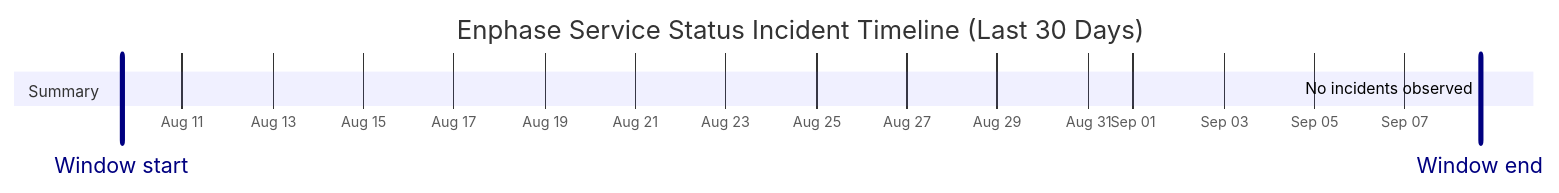
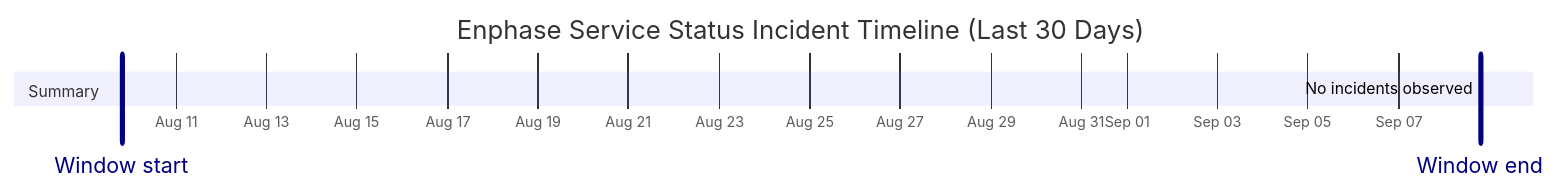
The diagram in wiki/Service-Status-History.md (barneyonline/ha-enphase-energy), drawn with Mermaid before and after one commit. The commit also changed other lines of this file and 3 other files, not shown here.

````diff
--- a/wiki/Service-Status-History.md
+++ b/wiki/Service-Status-History.md
@@ -14,10 +14,10 @@
 ```mermaid
 gantt
     title Enphase Service Status Incident Timeline (Last 30 Days)
     dateFormat  YYYY-MM-DDTHH:mm:ss
     axisFormat  %b %d
-    Window start :vert, window-start, 2026-08-09T16:00:40, 0ms
-    Window end :vert, window-end, 2026-09-08T16:00:40, 0ms
+    Window start :vert, window-start, 2026-08-09T19:29:10, 0ms
+    Window end :vert, window-end, 2026-09-08T19:29:10, 0ms
     section Summary
-    No incidents observed :done, 2026-09-08T16:00:40, 1m
+    No incidents observed :done, 2026-09-08T19:29:10, 1m
 ```
````
